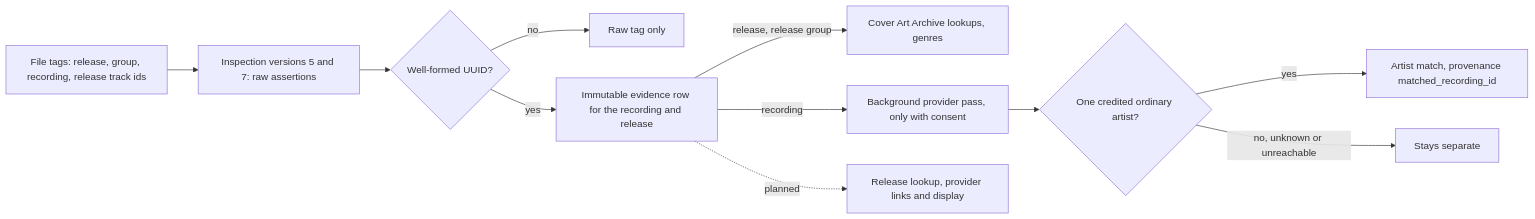
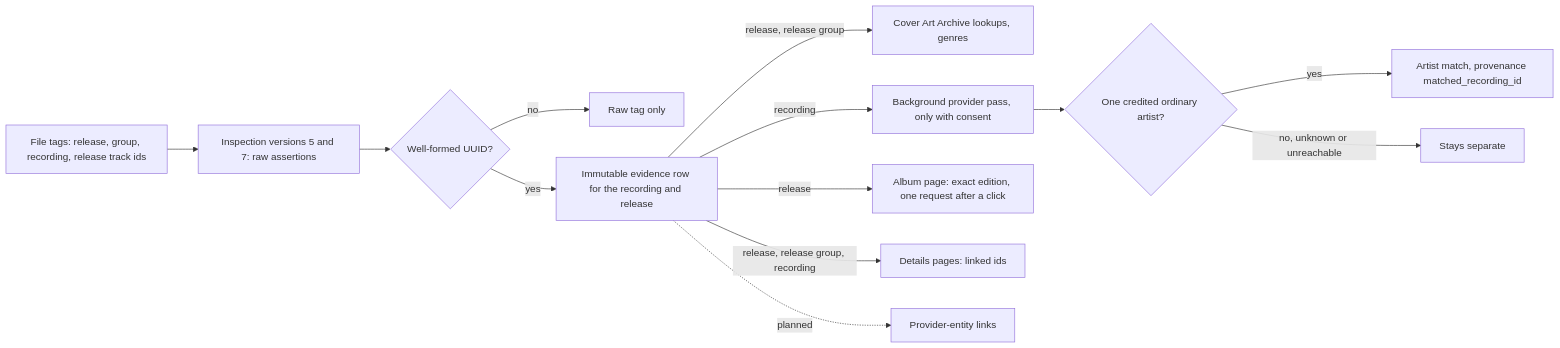
Before and after one commit to acidiney/hitoapp: the fourth of 6 diagrams in docs/artist-matching.md, drawn with Mermaid. The commit also changed other lines of this file and 4 other files, not shown here.

Commit message:
Document the tagged release edition and the identifier display

````diff
--- a/docs/artist-matching.md
+++ b/docs/artist-matching.md
@@ -195,13 +195,15 @@
 ```mermaid
 flowchart LR
     Tag[File tags: release, group, recording, release track ids] --> Inspect[Inspection versions 5 and 7: raw assertions]
     Inspect --> Valid{Well-formed UUID?}
     Valid -->|no| Raw[Raw tag only]
     Valid -->|yes| Row[Immutable evidence row for the recording and release]
     Row -->|release, release group| Cover[Cover Art Archive lookups, genres]
     Row -->|recording| Walk[Background provider pass, only with consent]
     Walk --> Artist{One credited ordinary artist?}
     Artist -->|yes| Match[Artist match, provenance matched_recording_id]
     Artist -->|no, unknown or unreachable| Rest[Stays separate]
-    Row -.->|planned| Later[Release lookup, provider links and display]
+    Row -->|release| Edition[Album page: exact edition, one request after a click]
+    Row -->|release, release group, recording| Show[Details pages: linked ids]
+    Row -.->|planned| Later[Provider-entity links]
 ```
````
